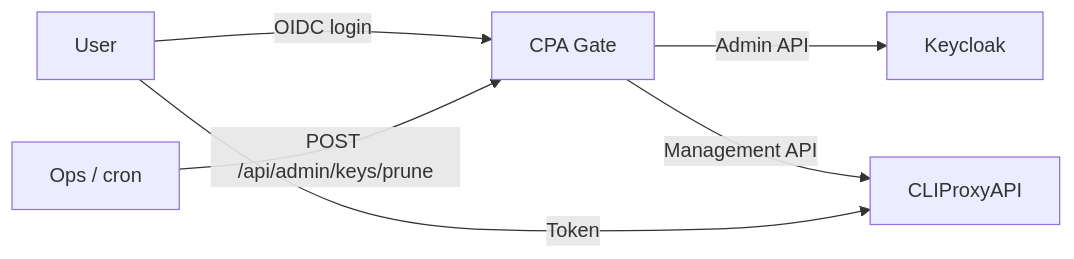
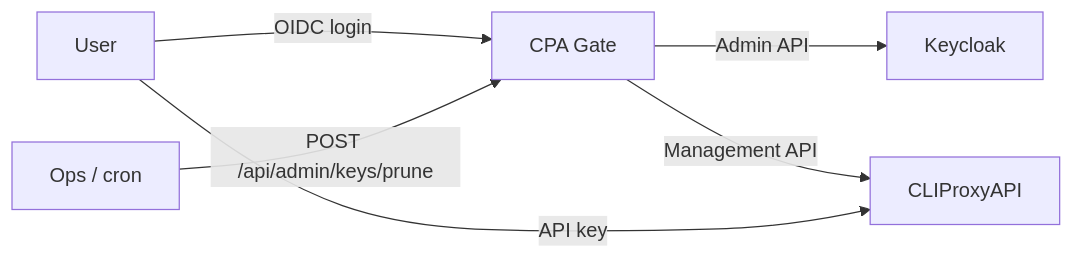
Before and after one commit to yanranxiaoxi/cpa-gate: the diagram in README.md, drawn with Mermaid. The commit also changed other lines of this file and 12 other files, not shown here.

````diff
--- a/README.md
+++ b/README.md
@@ -26,8 +26,8 @@
 ```mermaid
 flowchart LR
     U[User] -->|OIDC login| G[CPA Gate]
     G -->|Admin API| K[Keycloak]
     G -->|Management API| C[CLIProxyAPI]
-    U -->|Token| C
+    U -->|API key| C
     O[Ops / cron] -->|POST /api/admin/keys/prune| G
 ```
````
